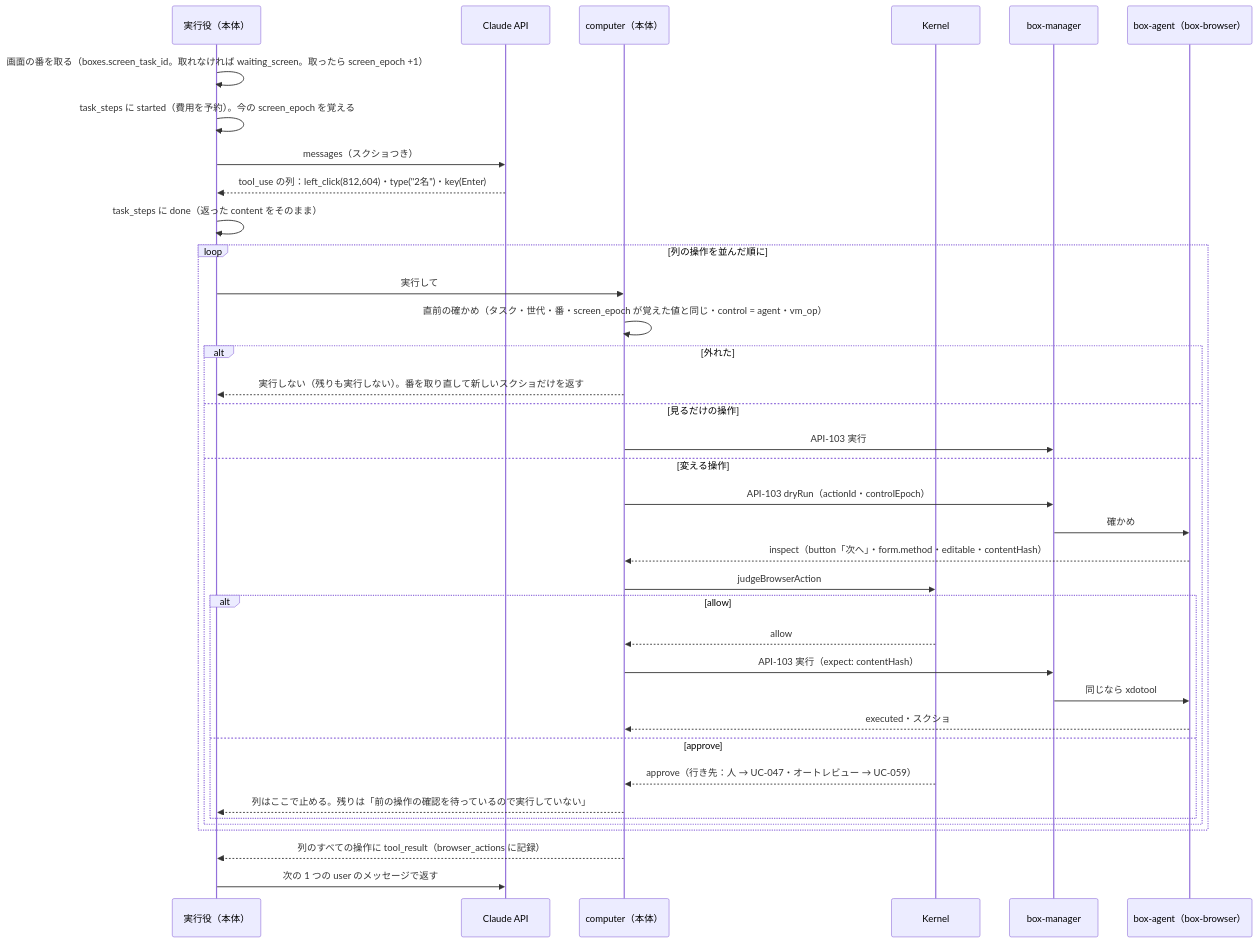
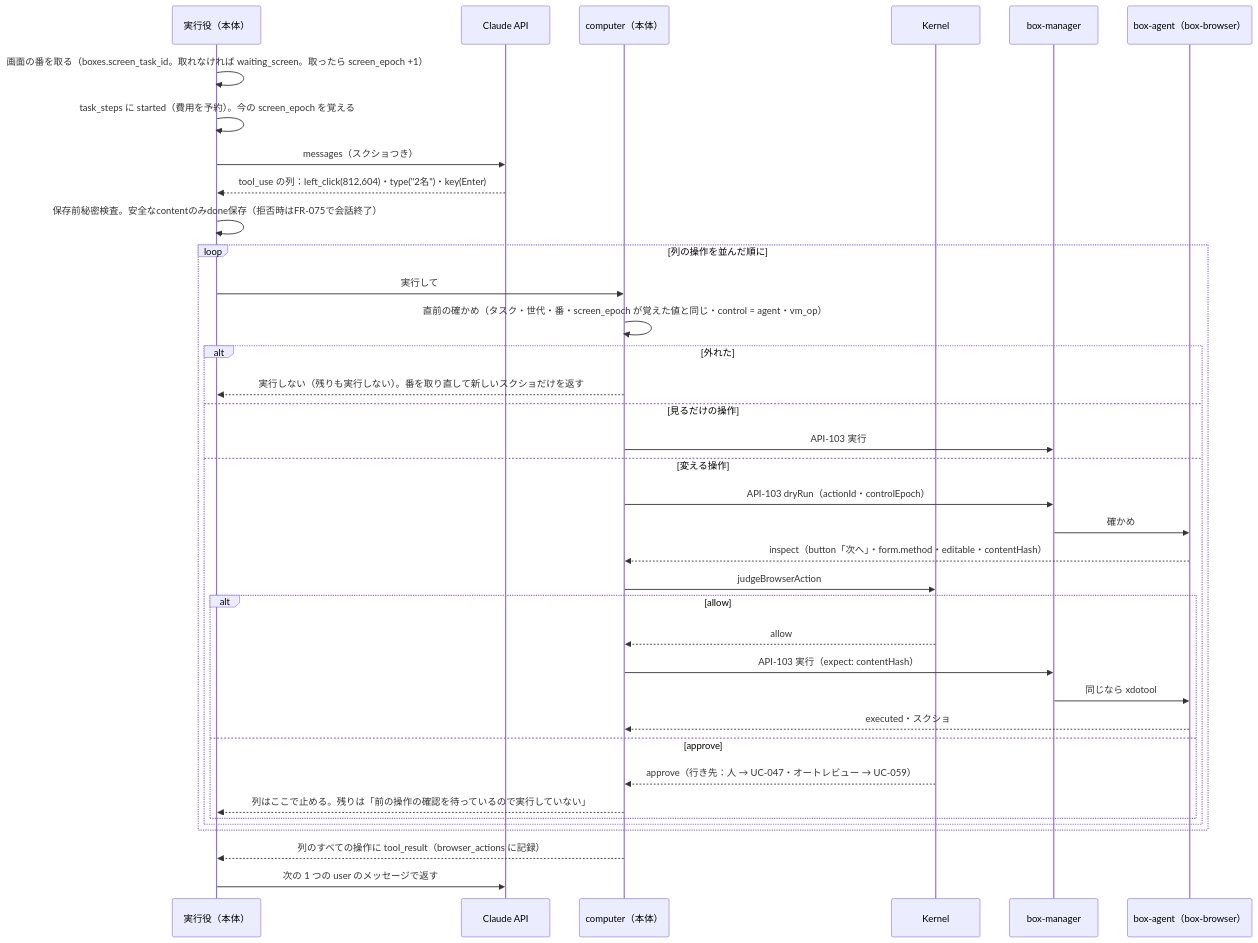
Before and after one commit to itiwoja/agent-team: the eighth of 13 diagrams in docs/design/10_diagrams/sequences.md, drawn with Mermaid. The commit also changed other lines of this file and 30 other files, not shown here.

````diff
--- a/docs/design/10_diagrams/sequences.md
+++ b/docs/design/10_diagrams/sequences.md
@@ -172,39 +172,39 @@
 ```mermaid
 sequenceDiagram
  participant R as 実行役（本体）
  participant C as Claude API
  participant CU as computer（本体）
  participant K as Kernel
  participant BM as box-manager
  participant B as box-agent（box-browser）
  R->>R: 画面の番を取る（boxes.screen_task_id。取れなければ waiting_screen。取ったら screen_epoch +1）
  R->>R: task_steps に started（費用を予約）。今の screen_epoch を覚える
  R->>C: messages（スクショつき）
  C-->>R: tool_use の列：left_click(812,604)・type("2名")・key(Enter)
- R->>R: task_steps に done（返った content をそのまま）
+  R->>R: 保存前秘密検査。安全なcontentのみdone保存（拒否時はFR-075で会話終了）
  loop 列の操作を並んだ順に
   R->>CU: 実行して
   CU->>CU: 直前の確かめ（タスク・世代・番・screen_epoch が覚えた値と同じ・control = agent・vm_op）
   alt 外れた
    CU-->>R: 実行しない（残りも実行しない）。番を取り直して新しいスクショだけを返す
   else 見るだけの操作
    CU->>BM: API-103 実行
   else 変える操作
    CU->>BM: API-103 dryRun（actionId・controlEpoch）
    BM->>B: 確かめ
    B-->>CU: inspect（button「次へ」・form.method・editable・contentHash）
    CU->>K: judgeBrowserAction
    alt allow
     K-->>CU: allow
     CU->>BM: API-103 実行（expect: contentHash）
     BM->>B: 同じなら xdotool
     B-->>CU: executed・スクショ
    else approve
     K-->>CU: approve（行き先：人 → UC-047・オートレビュー → UC-059）
     CU-->>R: 列はここで止める。残りは「前の操作の確認を待っているので実行していない」
    end
   end
  end
  CU-->>R: 列のすべての操作に tool_result（browser_actions に記録）
  R->>C: 次の 1 つの user のメッセージで返す
 ```
````
